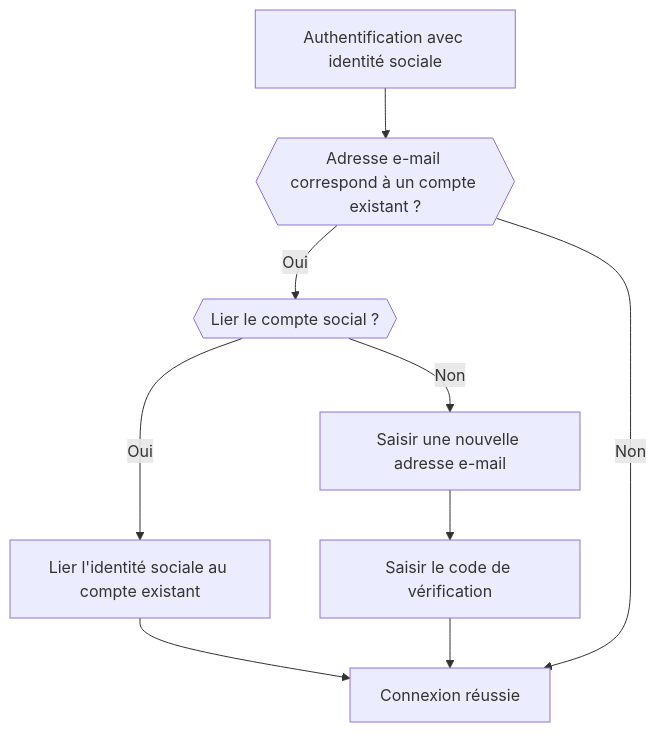
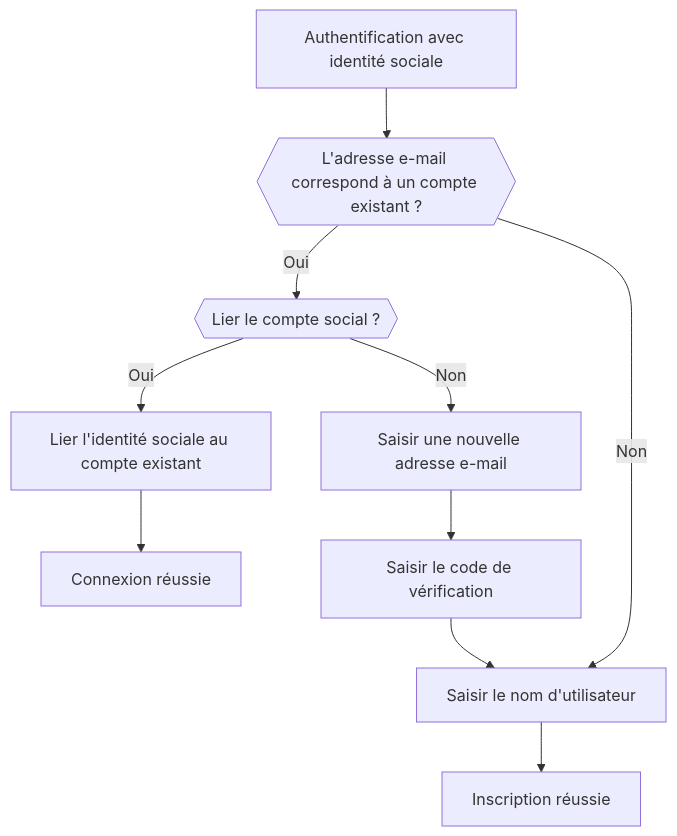
Before and after one commit to logto-io/docs: the sixth of 6 diagrams in i18n/fr/docusaurus-plugin-content-docs/current/end-user-flows/sign-up-and-sign-in/social-sign-in.mdx, drawn with Mermaid. The commit also changed other lines of this file and 407 other files, not shown here.

````diff
--- a/i18n/fr/docusaurus-plugin-content-docs/current/end-user-flows/sign-up-and-sign-in/social-sign-in.mdx
+++ b/i18n/fr/docusaurus-plugin-content-docs/current/end-user-flows/sign-up-and-sign-in/social-sign-in.mdx
@@ -152,11 +159,12 @@
    ```mermaid
       flowchart TD
-       A[Authentification avec identité sociale] --> B{{Adresse e-mail correspond à un compte existant ?}}
+       A[Authentification avec identité sociale] --> B{{L'adresse e-mail correspond à un compte existant ?}}
        B -- Oui --> C{{Lier le compte social ?}}
        C -- Oui --> D[Lier l'identité sociale au compte existant]
        D --> E[Connexion réussie]
        C -- Non --> F[Saisir une nouvelle adresse e-mail]
        F --> G[Saisir le code de vérification]
-       G --> E
-       B -- Non --> E
+       G --> H[Saisir le nom d'utilisateur]
+       H --> I[Inscription réussie]
+       B -- Non --> H
    ```
````
